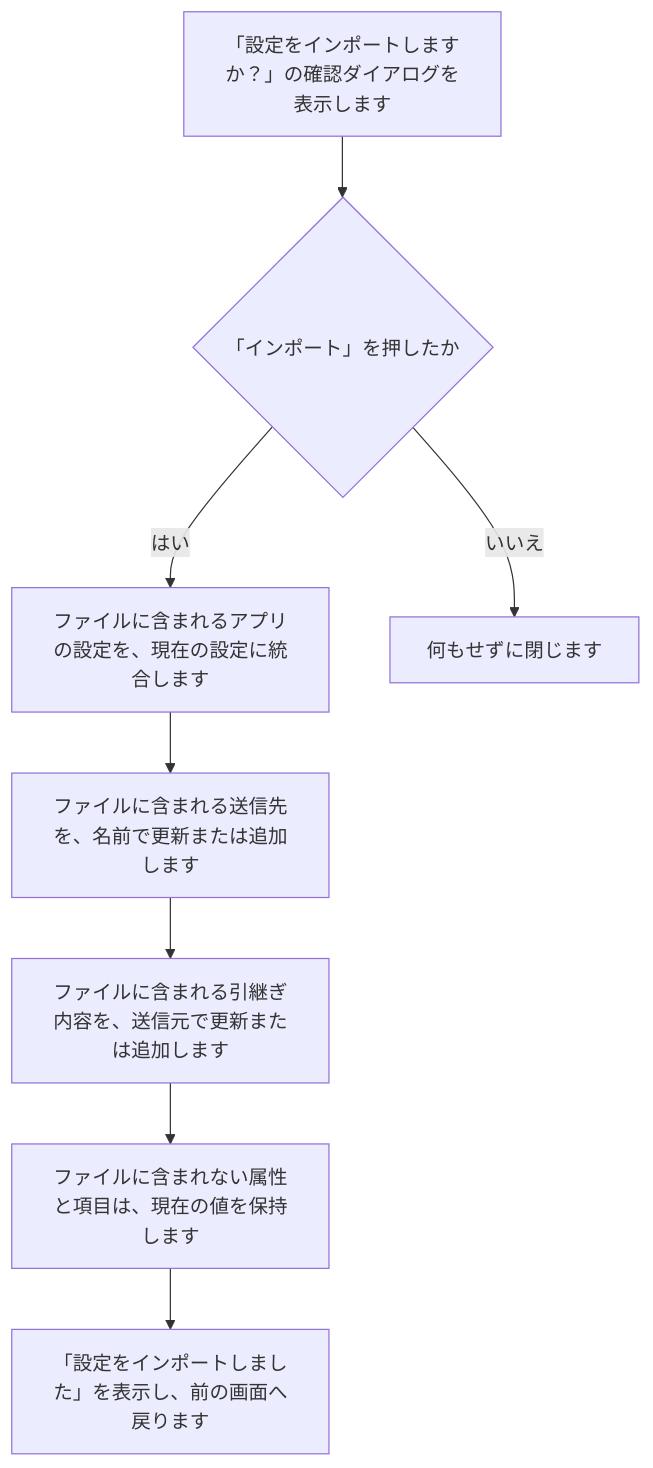
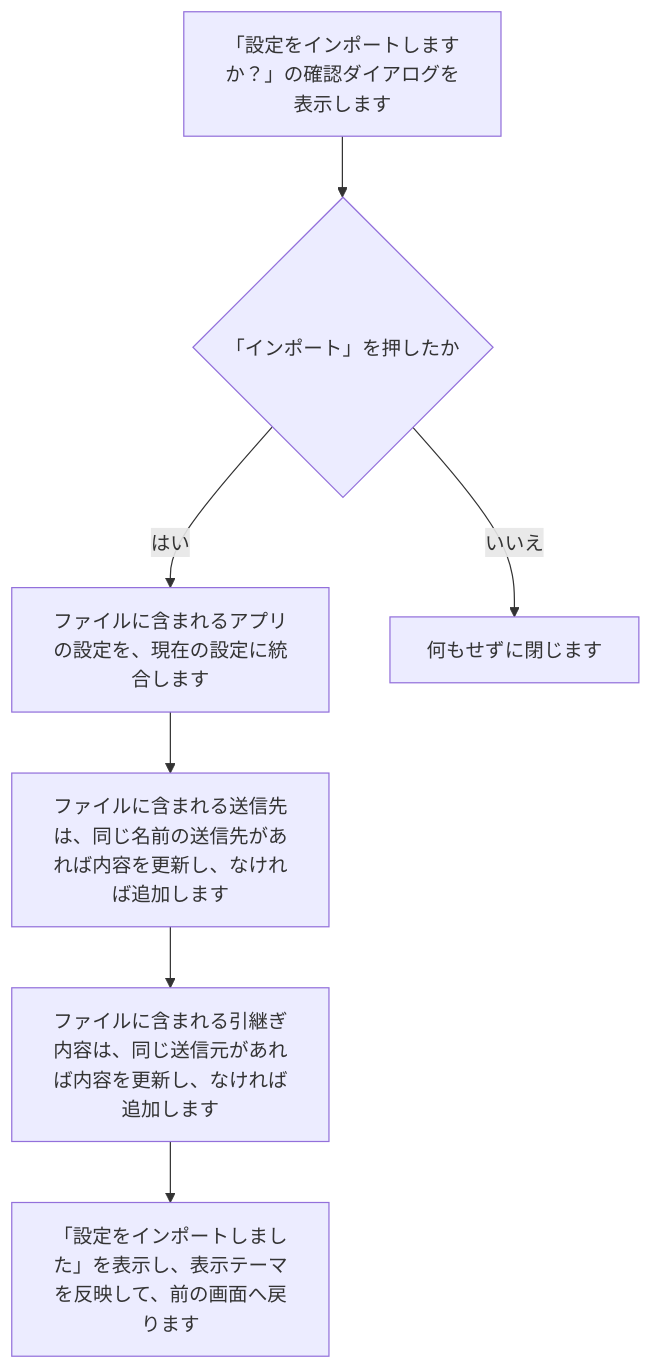
One commit to nishida2073/project_management changed diagram 24 of 34 in tool/smstokintone/doc/02_設計/処理フロー.md. Above: the diagram before and after it, drawn with Mermaid. The commit also changed other lines of this file and 5 other files, not shown here.

````diff
--- a/tool/smstokintone/doc/02_設計/処理フロー.md
+++ b/tool/smstokintone/doc/02_設計/処理フロー.md
@@ -423,10 +411,9 @@
 ```mermaid
 flowchart TD
   A["「設定をインポートしますか？」の確認ダイアログを表示します"] --> B{"「インポート」を押したか"}
   B -- はい --> D["ファイルに含まれるアプリの設定を、現在の設定に統合します"]
   B -- いいえ --> C["何もせずに閉じます"]
-  D --> E["ファイルに含まれる送信先を、名前で更新または追加します"]
-  E --> F["ファイルに含まれる引継ぎ内容を、送信元で更新または追加します"]
-  F --> G["ファイルに含まれない属性と項目は、現在の値を保持します"]
-  G --> H["「設定をインポートしました」を表示し、前の画面へ戻ります"]
+  D --> E["ファイルに含まれる送信先は、同じ名前の送信先があれば内容を更新し、なければ追加します"]
+  E --> F["ファイルに含まれる引継ぎ内容は、同じ送信元があれば内容を更新し、なければ追加します"]
+  F --> G["「設定をインポートしました」を表示し、表示テーマを反映して、前の画面へ戻ります"]
 ```
````
